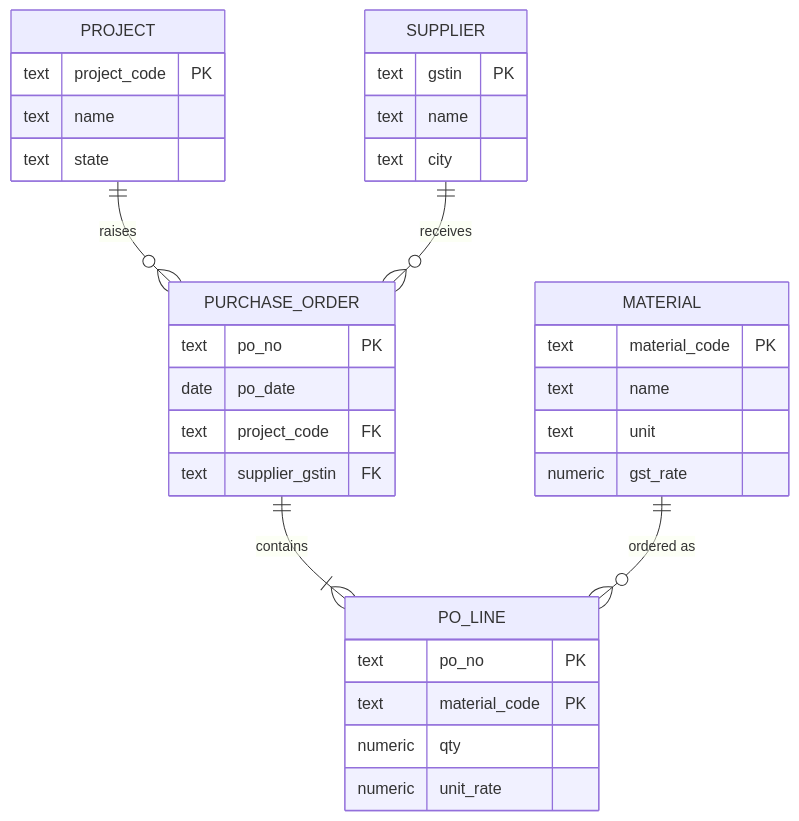
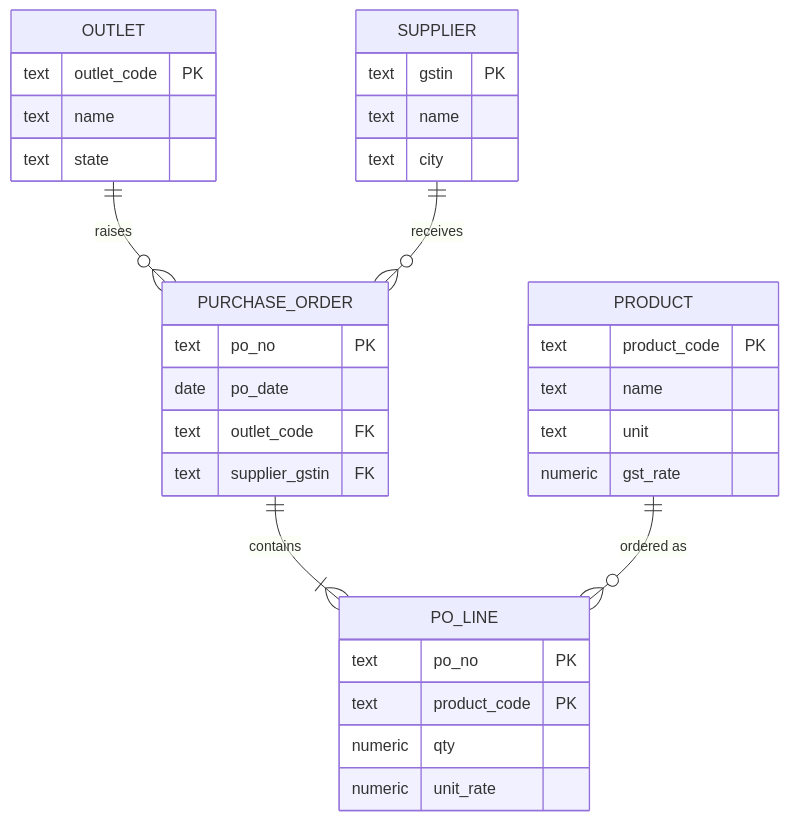
One commit to rizwi0786/system-design-lab changed the second of 3 diagrams in content/lessons/m09/m09-normalization.md. Above: the diagram before and after it, drawn with Mermaid. The commit also changed other lines of this file and 334 other files, not shown here.

````diff
--- a/content/lessons/m09/m09-normalization.md
+++ b/content/lessons/m09/m09-normalization.md
@@ -155,35 +155,35 @@
 ```mermaid
 erDiagram
-    PROJECT ||--o{ PURCHASE_ORDER : "raises"
+    OUTLET ||--o{ PURCHASE_ORDER : "raises"
     SUPPLIER ||--o{ PURCHASE_ORDER : "receives"
     PURCHASE_ORDER ||--|{ PO_LINE : "contains"
-    MATERIAL ||--o{ PO_LINE : "ordered as"
-    PROJECT {
-        text project_code PK
+    PRODUCT ||--o{ PO_LINE : "ordered as"
+    OUTLET {
+        text outlet_code PK
         text name
         text state
     }
     SUPPLIER {
         text gstin PK
         text name
         text city
     }
-    MATERIAL {
-        text material_code PK
+    PRODUCT {
+        text product_code PK
         text name
         text unit
         numeric gst_rate
     }
     PURCHASE_ORDER {
         text po_no PK
         date po_date
-        text project_code FK
+        text outlet_code FK
         text supplier_gstin FK
     }
     PO_LINE {
         text po_no PK
-        text material_code PK
+        text product_code PK
         numeric qty
         numeric unit_rate
     }
 ```
````
